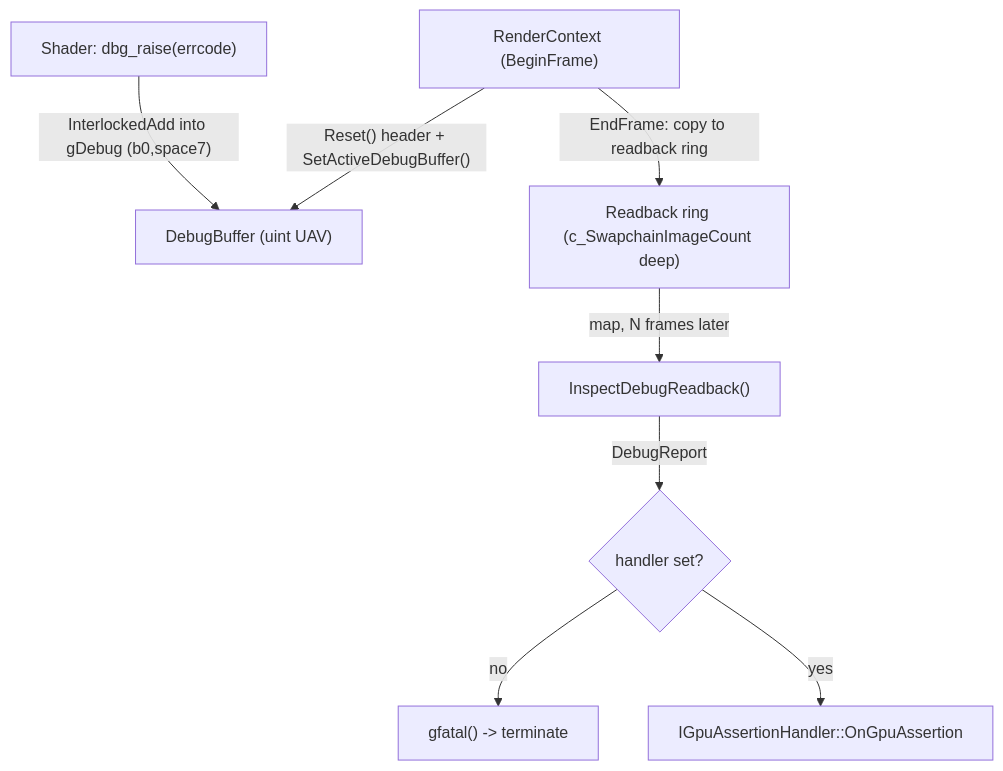
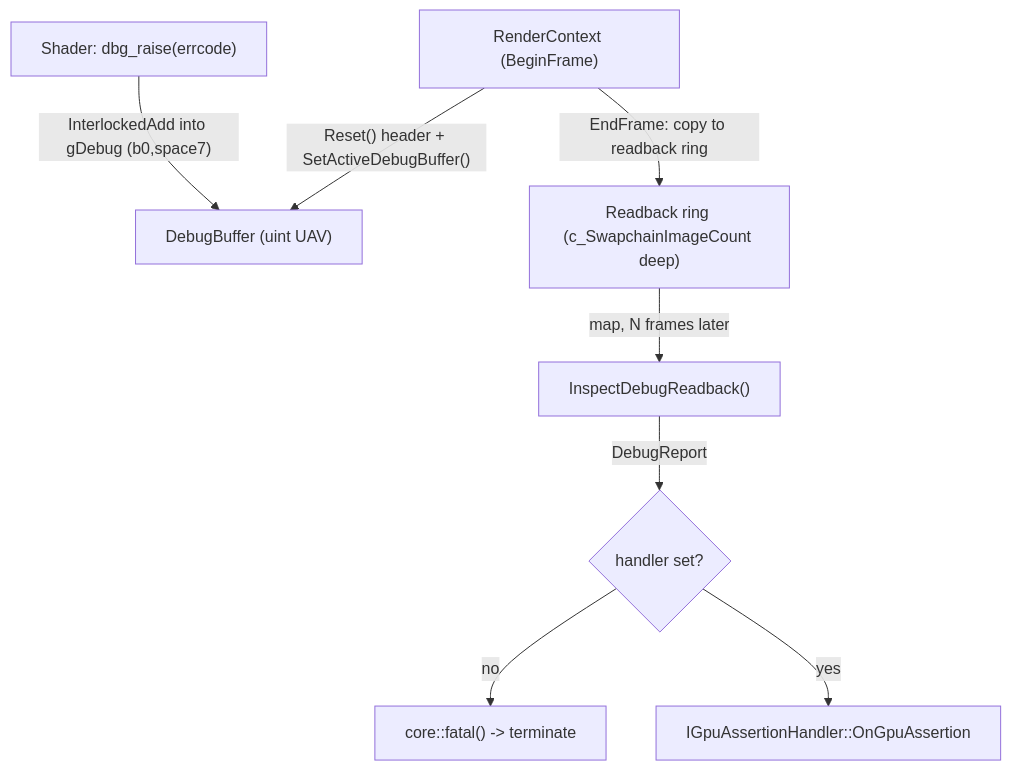
The diagram in docs/gfx_debug.md (alexjiang200407/bernini), drawn with Mermaid before and after one commit. The commit also changed other lines of this file and 149 other files, not shown here.

````diff
--- a/docs/gfx_debug.md
+++ b/docs/gfx_debug.md
@@ -105,10 +105,10 @@
 ```mermaid
 flowchart TD
     Shader["Shader: dbg_raise(errcode)"] -- "InterlockedAdd into gDebug (b0,space7)" --> Buf["DebugBuffer (uint UAV)"]
     Ctx["RenderContext (BeginFrame)"] -- "Reset() header + SetActiveDebugBuffer()" --> Buf
     Ctx -- "EndFrame: copy to readback ring" --> Ring["Readback ring (c_SwapchainImageCount deep)"]
     Ring -- "map, N frames later" --> Inspect["InspectDebugReadback()"]
     Inspect -- "DebugReport" --> Decide{"handler set?"}
-    Decide -- "no" --> Crash["gfatal() -> terminate"]
+    Decide -- "no" --> Crash["core::fatal() -> terminate"]
     Decide -- "yes" --> Handler["IGpuAssertionHandler::OnGpuAssertion"]
 ```
````
